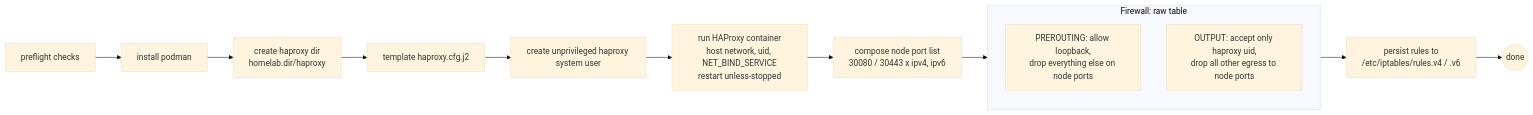
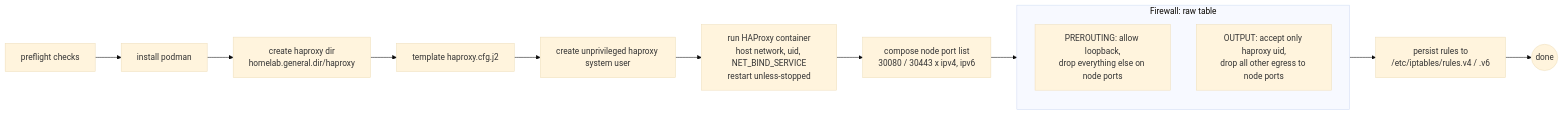
Before and after one commit to this-oliver/homelab: the diagram in ansible/roles/reverse_proxy/README.md, drawn with Mermaid (base theme). The commit also changed other lines of this file and 23 other files, not shown here.

````diff
--- a/ansible/roles/reverse_proxy/README.md
+++ b/ansible/roles/reverse_proxy/README.md
@@ -19,18 +19,18 @@
 ```mermaid
 flowchart LR
     pre[preflight checks] --> podman[install podman]
-    podman --> dir[create haproxy dir<br/>homelab.dir/haproxy]
+    podman --> dir[create haproxy dir<br/>homelab.general.dir/haproxy]
     dir --> cfg[template haproxy.cfg.j2]
     cfg --> user[create unprivileged haproxy system user]
     user --> run[run HAProxy container<br/>host network, uid, NET_BIND_SERVICE<br/>restart unless-stopped]
     run --> rules[compose node port list<br/>30080 / 30443 x ipv4, ipv6]
     rules --> fw[iptables lockdown]
 
     subgraph fw[Firewall: raw table]
         loop[PREROUTING: allow loopback,<br/>drop everything else on node ports]
         out[OUTPUT: accept only haproxy uid,<br/>drop all other egress to node ports]
     end
 
     fw --> persist[persist rules to<br/>/etc/iptables/rules.v4 / .v6]
     persist --> done((done))
 ```
````
